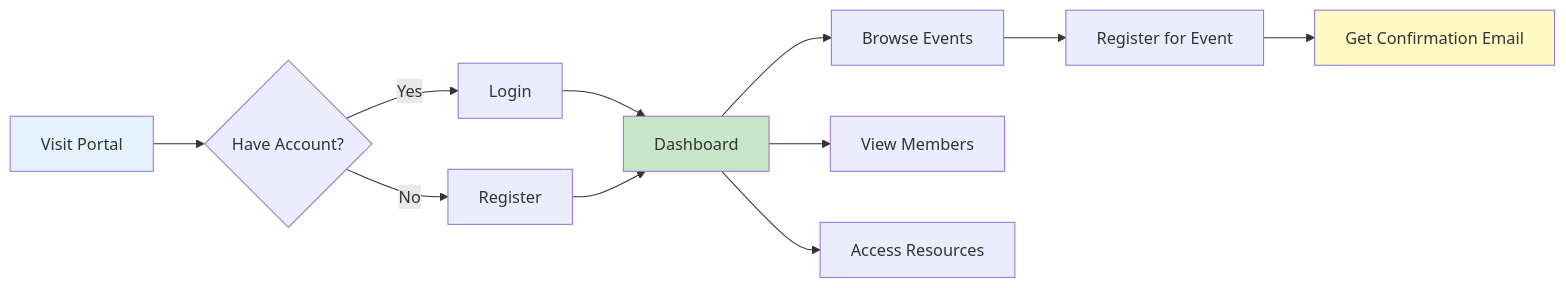
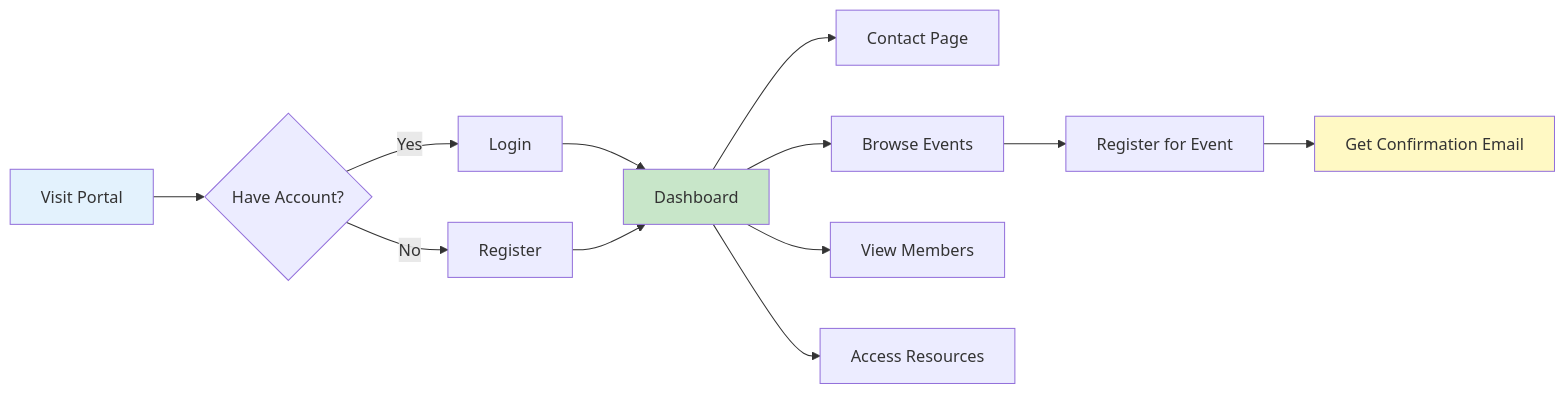
One commit to internship-nd-career-oppurtunities-club/Club_Portal changed the first of 4 diagrams in README.md. Above: the diagram before and after it, drawn with Mermaid. The commit also changed other lines of this file, not shown here.

````diff
--- a/README.md
+++ b/README.md
@@ -114,17 +99,18 @@
 ```mermaid
 flowchart LR
     A[Visit Portal] --> B{Have Account?}
     B -->|Yes| C[Login]
     B -->|No| D[Register]
     C --> E[Dashboard]
     D --> E
+    E --> K[Contact Page]
     E --> F[Browse Events]
     E --> G[View Members]
     E --> H[Access Resources]
     F --> I[Register for Event]
     I --> J[Get Confirmation Email]
     
     style A fill:#e3f2fd
     style E fill:#c8e6c9
     style J fill:#fff9c4
 ```
````
